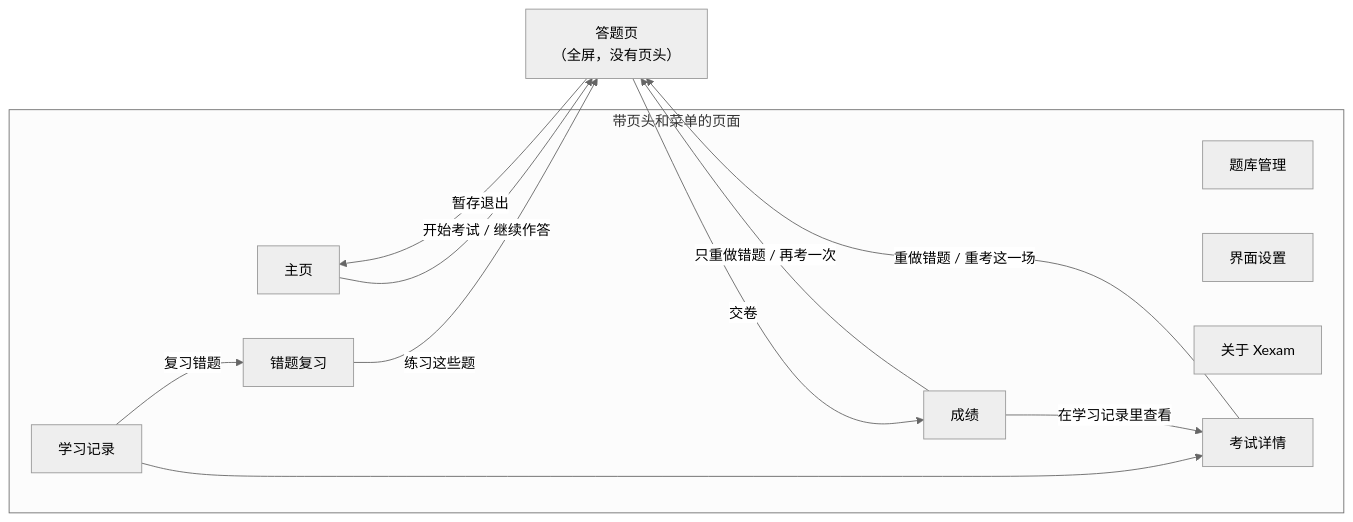
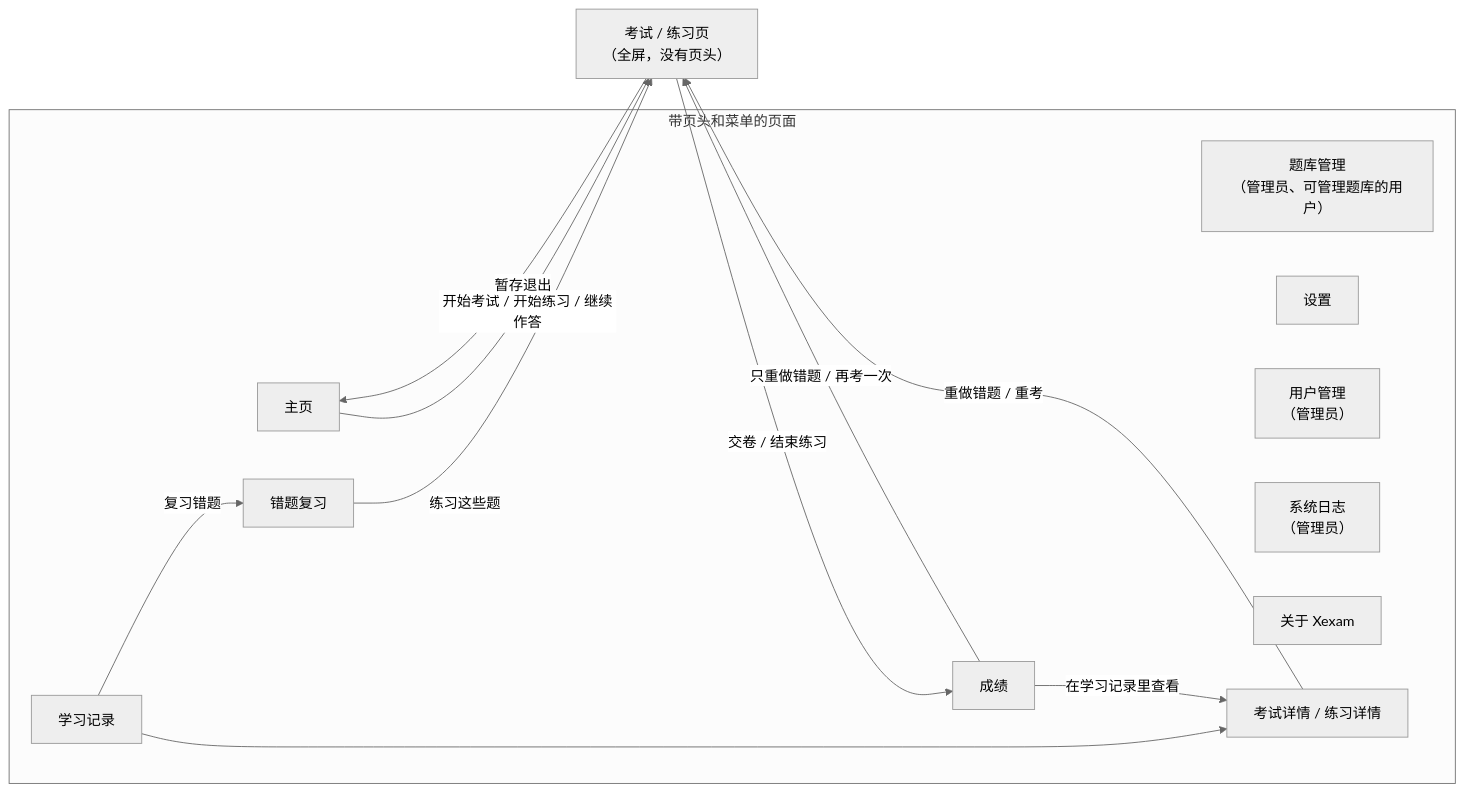
Before and after one commit to Yumin-Space/xexam: the sixth of 7 diagrams in README/README.zh-CN.md, drawn with Mermaid (neutral theme). The commit also changed other lines of this file and 295 other files, not shown here.

````diff
--- a/README/README.zh-CN.md
+++ b/README/README.zh-CN.md
@@ -800,23 +1070,25 @@
 ```mermaid
 flowchart LR
     subgraph shell["带页头和菜单的页面"]
         H["主页"]
-        BK["题库管理"]
+        BK["题库管理<br/>（管理员、可管理题库的用户）"]
         R["学习记录"]
-        S["界面设置"]
+        S["设置"]
+        U["用户管理<br/>（管理员）"]
+        L["系统日志<br/>（管理员）"]
         AB["关于 Xexam"]
-        D["考试详情"]
+        D["考试详情 / 练习详情"]
         W["错题复习"]
         RS["成绩"]
     end
-    Q["答题页<br/>（全屏，没有页头）"]
-    H -->|"开始考试 / 继续作答"| Q
+    Q["考试 / 练习页<br/>（全屏，没有页头）"]
+    H -->|"开始考试 / 开始练习 / 继续作答"| Q
     Q -->|"暂存退出"| H
-    Q -->|"交卷"| RS
+    Q -->|"交卷 / 结束练习"| RS
     RS -->|"只重做错题 / 再考一次"| Q
     RS -->|"在学习记录里查看"| D
     R --> D
     R -->|"复习错题"| W
-    D -->|"重做错题 / 重考这一场"| Q
+    D -->|"重做错题 / 重考"| Q
     W -->|"练习这些题"| Q
 ```
````
